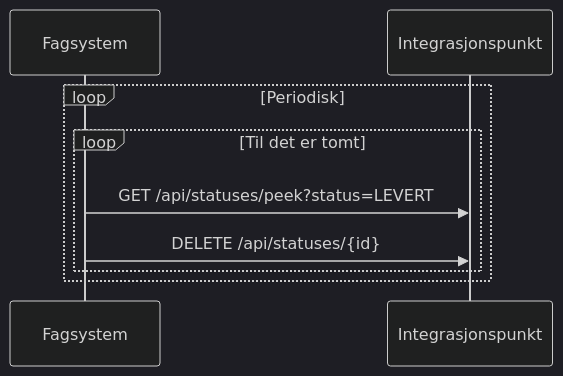
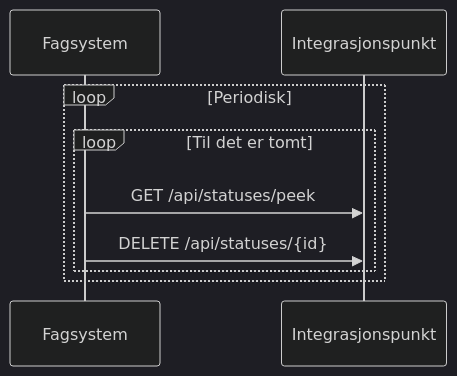
Before and after one commit to felleslosninger/docs: the fifth of 7 diagrams in _docs/eFormidling/Utvikling/integrasjonspunkt_eformidling2_api.md, drawn with Mermaid (dark theme).

Commit message:
Fikset feil i dokumentasjon av eFormidling 2 API

```diff
--- a/_docs/eFormidling/Utvikling/integrasjonspunkt_eformidling2_api.md
+++ b/_docs/eFormidling/Utvikling/integrasjonspunkt_eformidling2_api.md
@@ -168,16 +168,16 @@
 <div class="mermaid">
 
 sequenceDiagram
 participant fs as Fagsystem
 participant ip as Integrasjonspunkt
 
     loop Periodisk
 
         loop Til det er tomt
-            fs->>ip: GET /api/statuses/peek?status=LEVERT
+            fs->>ip: GET /api/statuses/peek
             fs->>ip: DELETE /api/statuses/{id}
         end
 
     end
 
 </div>
```
